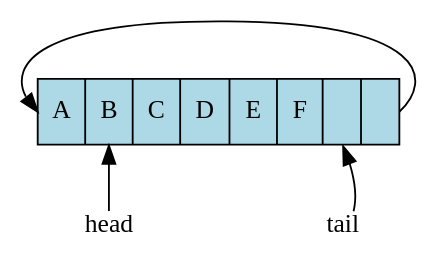
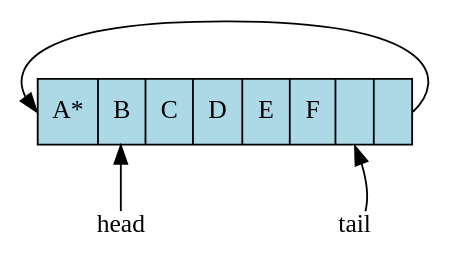
Before and after one commit to DaveParillo/cisc187-reader: the ninth of 11 diagrams in src/stack/queue.rst, drawn with Graphviz. The commit also changed other lines of this file and 3 other files, not shown here.

```diff
--- a/src/stack/queue.rst
+++ b/src/stack/queue.rst
@@ -346,18 +359,18 @@
       .. graphviz::
          :align: center
          :alt: adding more to buffer
 
          digraph {
            node [fontname = "Bitstream Vera Sans", 
                   fontsize=14,
                   shape=record, 
                   style=filled, 
                   fillcolor=lightblue
            ];
-           ring [label="<f0>A | <f1>B | <f2>C | <f3>D | <f4>E | <f5>F | <f6> | <f7> "] 
+           ring [label="<f0>A* | <f1>B | <f2>C | <f3>D | <f4>E | <f5>F | <f6> | <f7> "] 
            ring:f7:e -> ring:f0:w
            node [shape=plain, style=""];
            ring:f1 -> head [dir=back]
            ring:f6 -> tail [style=invis]
            ring:f6 -> tail [dir=back]
          }
```
